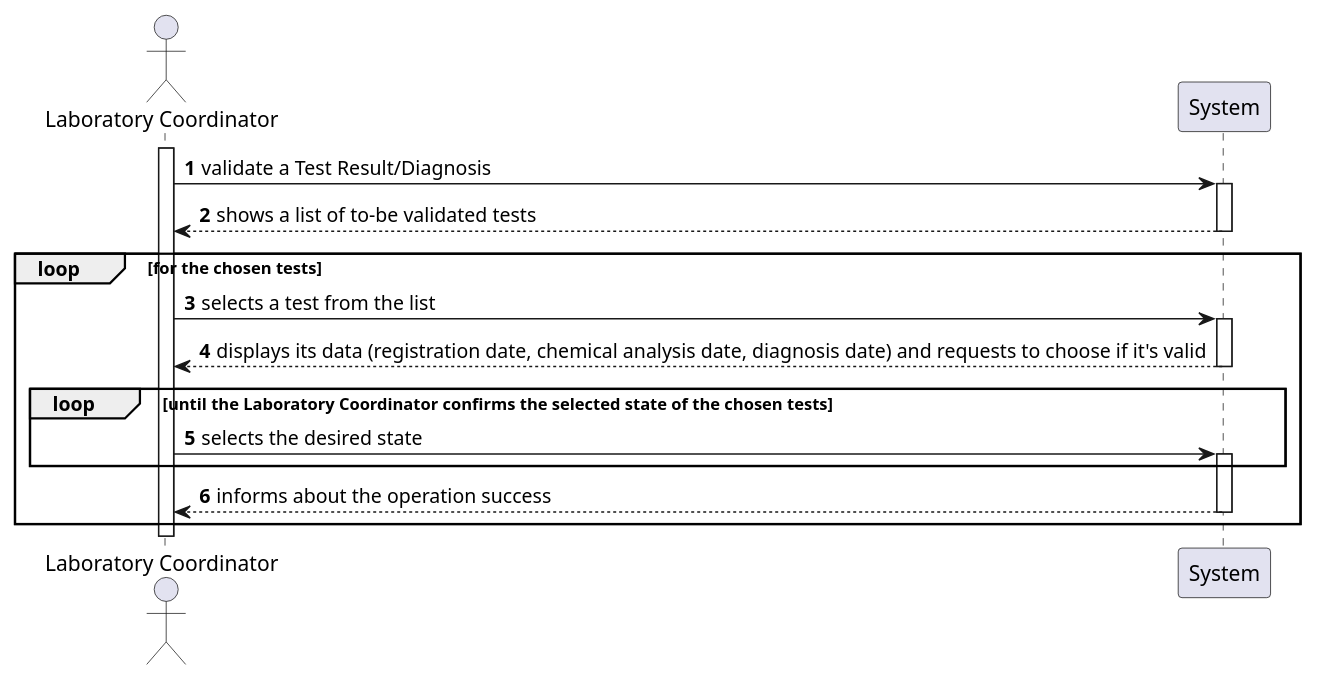
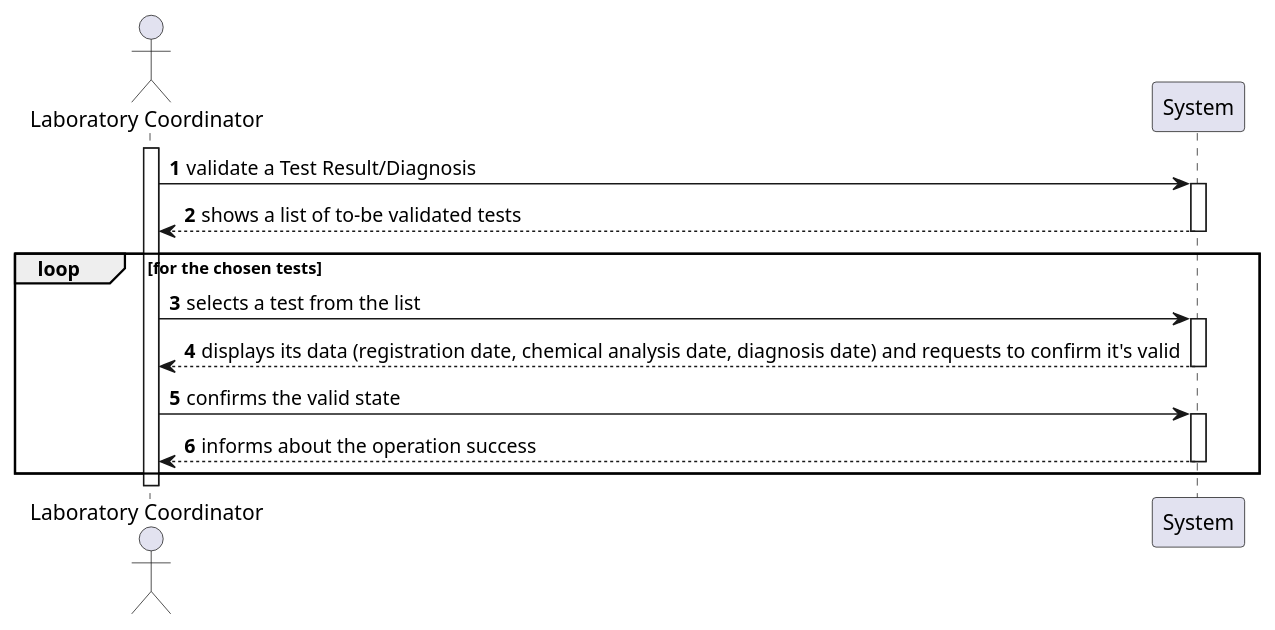
The diagram in docs/SprintC/US15/US15-SSD.puml (0franciscor/lei-21-s2-1de-g19), drawn with PlantUML before and after one commit. The commit also changed 5 other files, not shown here.

```diff
--- a/docs/SprintC/US15/US15-SSD.puml
+++ b/docs/SprintC/US15/US15-SSD.puml
@@ -1,18 +1,16 @@
 @startuml
 autonumber
 
 actor "Laboratory Coordinator" as labC
 activate labC
 
 labC -> System ++: validate a Test Result/Diagnosis
 System --> labC --: shows a list of to-be validated tests
 loop for the chosen tests
 labC -> System ++: selects a test from the list
-System -->  labC --: displays its data (registration date, chemical analysis date, diagnosis date) and requests to choose if it's valid
-loop until the Laboratory Coordinator confirms the selected state of the chosen tests
-labC ->  System ++: selects the desired state
-end
+System -->  labC --: displays its data (registration date, chemical analysis date, diagnosis date) and requests to confirm it's valid
+labC ->  System ++: confirms the valid state
 System --> labC --: informs about the operation success
 end
 
 @enduml
```
